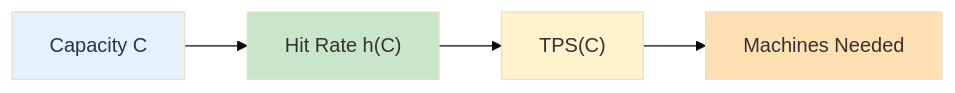
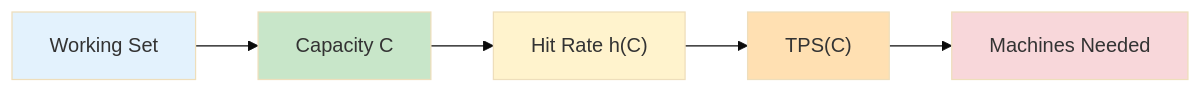
Before and after one commit to openanolis/kvcache-calculator: the first of 2 diagrams in docs/four_layer_model.md, drawn with Mermaid (base theme). The commit also changed other lines of this file and 13 other files, not shown here.

````diff
--- a/docs/four_layer_model.md
+++ b/docs/four_layer_model.md
@@ -18,11 +19,13 @@
 ```mermaid
 flowchart LR
-    A["Capacity C"] --> B["Hit Rate h(C)"]
-    B --> C["TPS(C)"]
-    C --> D["Machines Needed"]
+    A["Working Set"] --> B["Capacity C"]
+    B --> C["Hit Rate h(C)"]
+    C --> D["TPS(C)"]
+    D --> E["Machines Needed"]
 
     style A fill:#e3f2fd
     style B fill:#c8e6c9
     style C fill:#fff3cd
     style D fill:#ffe0b2
+    style E fill:#f8d7da
 ```
````
